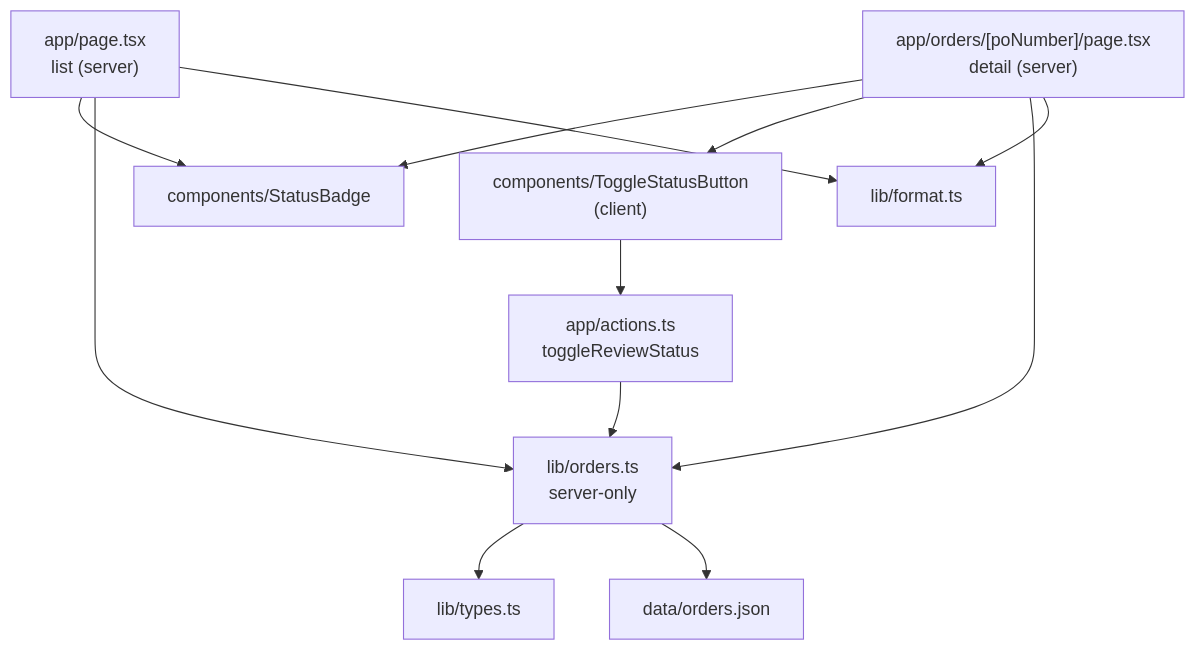
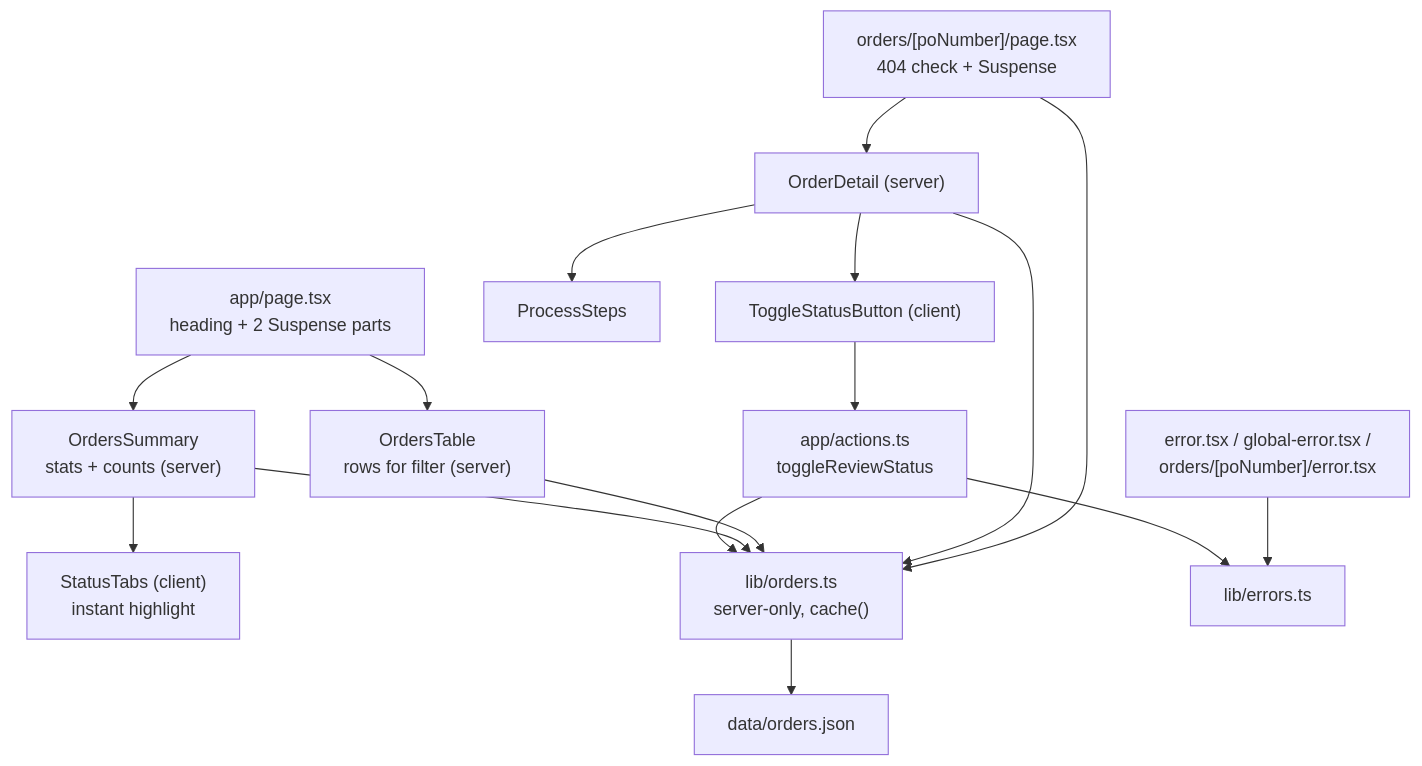
One commit to TRUPALIX9/bhf-take-home changed the first of 4 diagrams in docs/DESIGN.md. Above: the diagram before and after it, drawn with Mermaid. The commit also changed other lines of this file and 27 other files, not shown here.

First line of the commit message:
Dashboard UI, error codes and boundaries, streamed loading, partial reloads

````diff
--- a/docs/DESIGN.md
+++ b/docs/DESIGN.md
@@ -9,14 +9,18 @@
 ```mermaid
 graph TD
-  List["app/page.tsx<br/>list (server)"] --> Badge[components/StatusBadge]
-  Detail["app/orders/[poNumber]/page.tsx<br/>detail (server)"] --> Badge
-  Detail --> Toggle["components/ToggleStatusButton<br/>(client)"]
+  List["app/page.tsx<br/>heading + 2 Suspense parts"] --> Summary["OrdersSummary<br/>stats + counts (server)"]
+  List --> Table["OrdersTable<br/>rows for filter (server)"]
+  Summary --> Tabs["StatusTabs (client)<br/>instant highlight"]
+  Detail["orders/[poNumber]/page.tsx<br/>404 check + Suspense"] --> OD["OrderDetail (server)"]
+  OD --> Steps[ProcessSteps]
+  OD --> Toggle["ToggleStatusButton (client)"]
   Toggle --> Action["app/actions.ts<br/>toggleReviewStatus"]
-  Action --> Orders["lib/orders.ts<br/>server-only"]
-  List --> Orders
+  Action --> Orders["lib/orders.ts<br/>server-only, cache()"]
+  Summary --> Orders
+  Table --> Orders
+  OD --> Orders
   Detail --> Orders
-  List --> Format[lib/format.ts]
-  Detail --> Format
-  Orders --> Types[lib/types.ts]
+  Action --> Errors[lib/errors.ts]
+  Boundaries["error.tsx / global-error.tsx /<br/>orders/[poNumber]/error.tsx"] --> Errors
   Orders --> Seed[data/orders.json]
 ```
````
